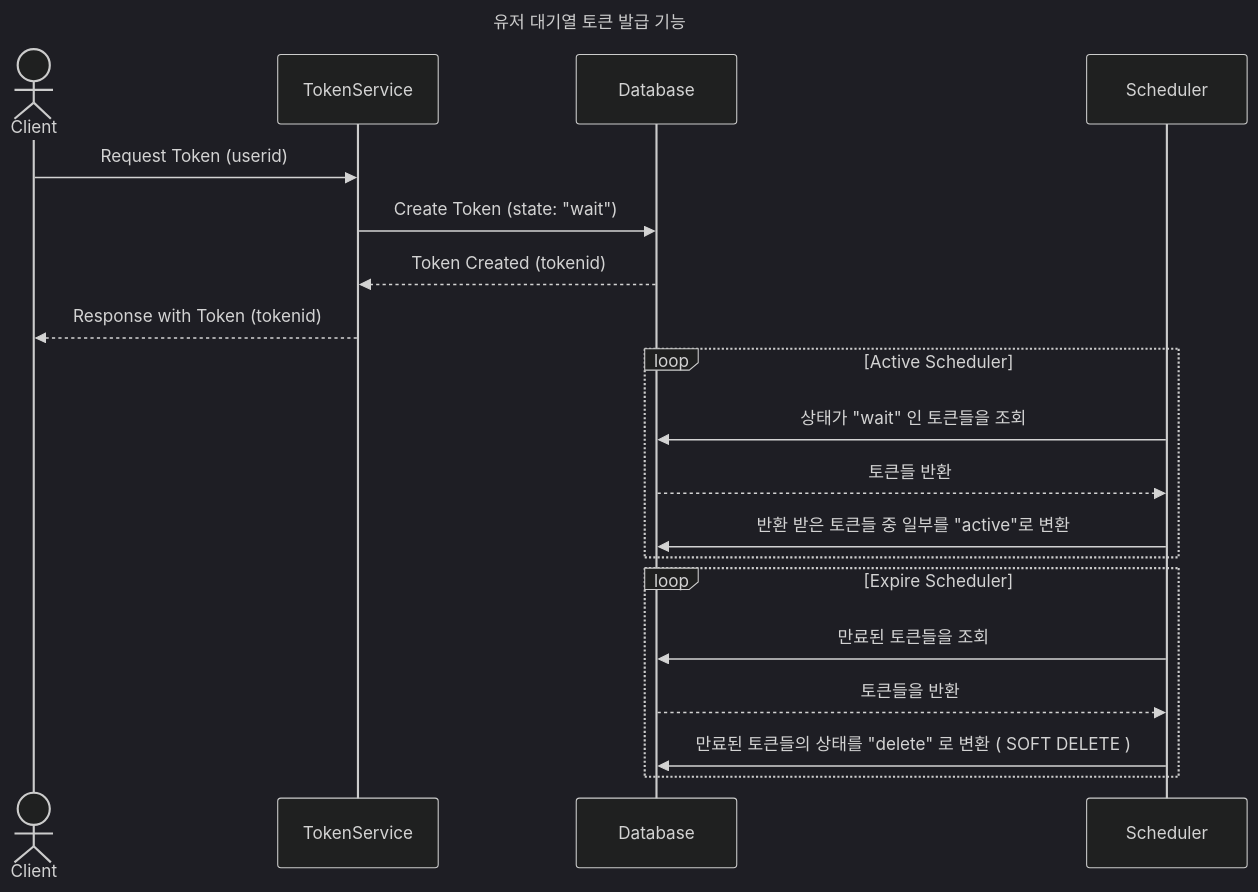
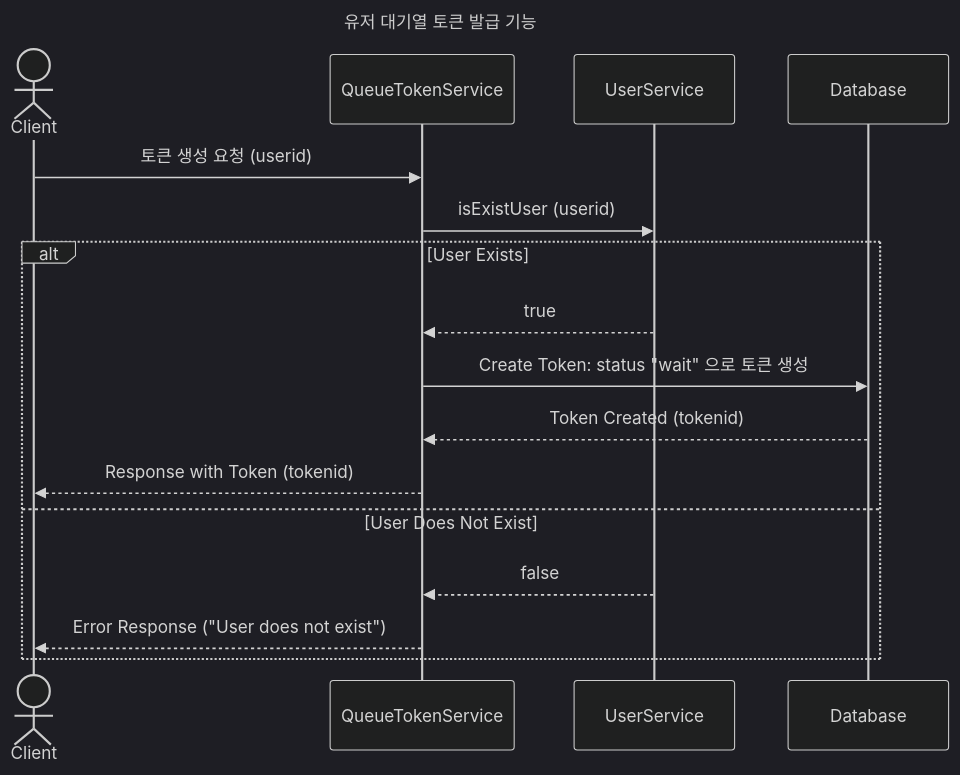
One commit to GustavEiffels/hhplus_server_build changed the diagram in design/sequence_diagram/유저_대기열_토큰_발급_기능.md. Above: the diagram before and after it, drawn with Mermaid (dark theme). The commit also changed 3 other files, not shown here.

Commit message:
[fix] 정의서 내용 수정 - token 테이블 이름 QueueToken 으로 변경 - 시퀀스 다이어그램 스케줄 따로 분리 완료

````diff
--- a/design/sequence_diagram/유저_대기열_토큰_발급_기능.md
+++ b/design/sequence_diagram/유저_대기열_토큰_발급_기능.md
@@ -1,28 +1,23 @@
 ```mermaid
 ---
 title: 유저 대기열 토큰 발급 기능 
 ---
 sequenceDiagram
     actor Client as Client
-    participant TokenService as TokenService
+    participant TokenService as QueueTokenService
+    participant user as UserService
     participant Database as Database
-    participant Scheduler as Scheduler
 
-    Client->>TokenService: Request Token (userid)  
-    TokenService->>Database: Create Token (state: "wait") 
-    Database-->>TokenService: Token Created (tokenid)
-    TokenService-->>Client: Response with Token (tokenid)
-
-    loop Active Scheduler
-        Scheduler->>Database: 상태가 "wait" 인 토큰들을 조회 
-        Database-->>Scheduler: 토큰들 반환 
-        Scheduler->>Database: 반환 받은 토큰들 중 일부를 "active"로 변환 
+    Client->>TokenService: 토큰 생성 요청 (userid)  
+    TokenService ->> user  : isExistUser (userid)
+    alt User Exists
+        user -->> TokenService : true
+        TokenService->>Database: Create Token: status "wait" 으로 토큰 생성 
+        Database-->>TokenService: Token Created (tokenid)
+        TokenService-->>Client: Response with Token (tokenid)
+    else User Does Not Exist
+        user -->> TokenService : false
+        TokenService-->>Client: Error Response ("User does not exist")
     end
 
-    loop Expire Scheduler
-        Scheduler->>Database: 만료된 토큰들을 조회
-        Database-->>Scheduler: 토큰들을 반환
-        Scheduler->>Database: 만료된 토큰들의 상태를 "delete" 로 변환 ( SOFT DELETE )
-    end
-                
 ```
````
